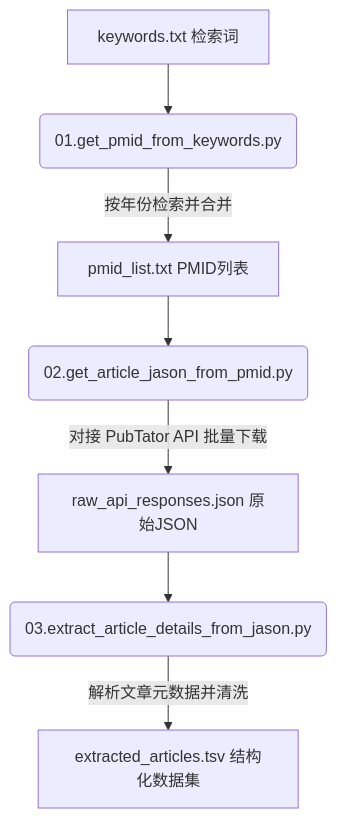
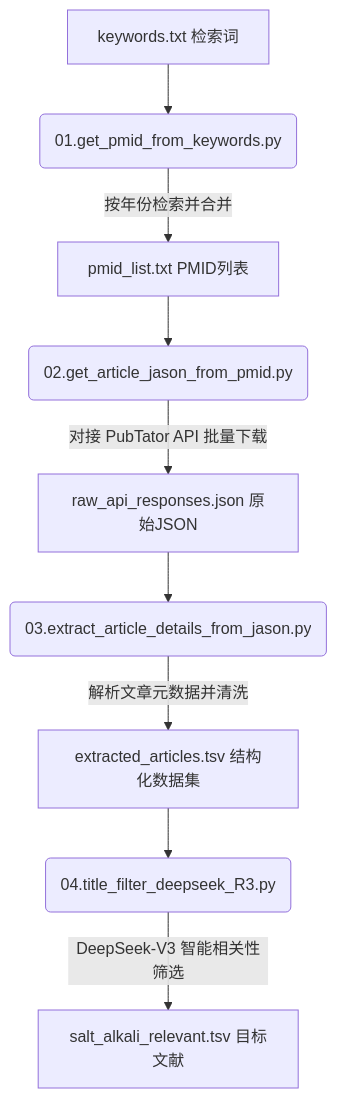
One commit to SunnyLuis/Literature_Mining_Pipeline changed the diagram in README.md. Above: the diagram before and after it, drawn with Mermaid. The commit also changed other lines of this file, not shown here.

````diff
--- a/README.md
+++ b/README.md
@@ -9,9 +9,11 @@
 ```mermaid
 graph TD
     A[keywords.txt 检索词] --> B(01.get_pmid_from_keywords.py)
     B -->|按年份检索并合并| C[pmid_list.txt PMID列表]
     C --> D(02.get_article_jason_from_pmid.py)
     D -->|对接 PubTator API 批量下载| E[raw_api_responses.json 原始JSON]
     E --> F(03.extract_article_details_from_jason.py)
     F -->|解析文章元数据并清洗| G[extracted_articles.tsv 结构化数据集]
+    G --> H(04.title_filter_deepseek_R3.py)
+    H -->|DeepSeek-V3 智能相关性筛选| I[salt_alkali_relevant.tsv 目标文献]
 ```
````
